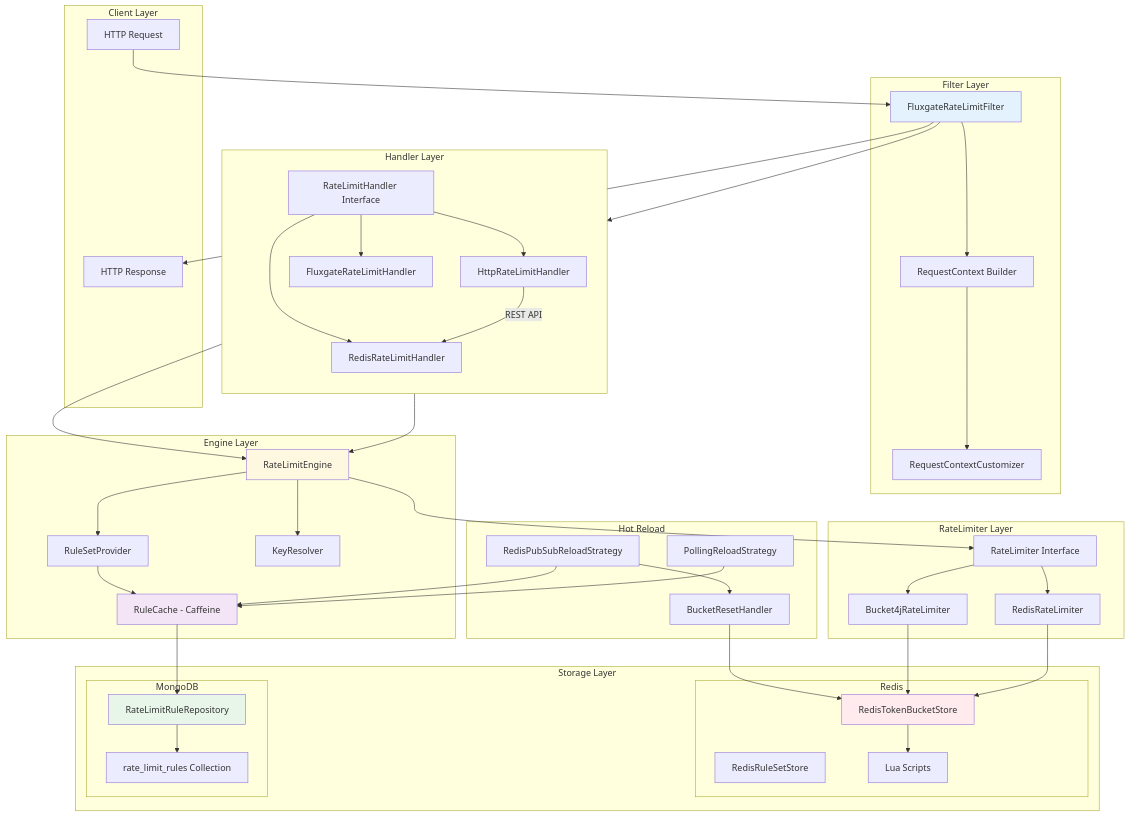
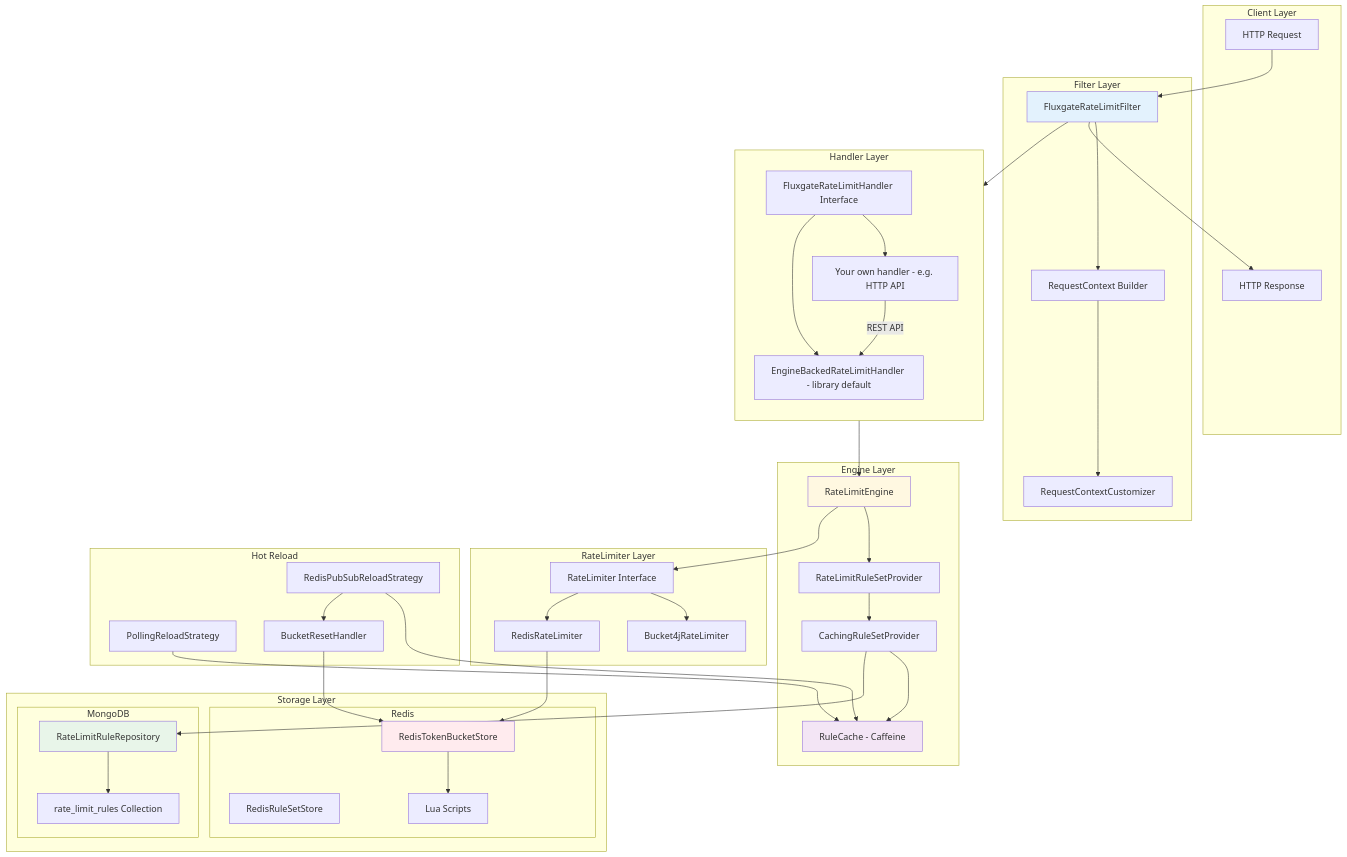
The second of 11 diagrams in docs/en/architecture/README.md (OpenFluxGate/fluxgate), drawn with Mermaid before and after one commit. The commit also changed other lines of this file and 33 other files, not shown here.

````diff
--- a/docs/en/architecture/README.md
+++ b/docs/en/architecture/README.md
@@ -73,81 +73,79 @@
 ```mermaid
 flowchart TB
     subgraph Client["Client Layer"]
         REQ[HTTP Request]
         RES[HTTP Response]
     end
 
     subgraph Filter["Filter Layer"]
         FLT[FluxgateRateLimitFilter]
         REQ_CTX[RequestContext Builder]
         CUST[RequestContextCustomizer]
     end
 
     subgraph Handler["Handler Layer"]
         direction TB
-        HI[RateLimitHandler Interface]
-        RH[RedisRateLimitHandler]
-        HH[HttpRateLimitHandler]
-        FH[FluxgateRateLimitHandler]
+        HI[FluxgateRateLimitHandler Interface]
+        EBH[EngineBackedRateLimitHandler - library default]
+        HH[Your own handler - e.g. HTTP API]
     end
 
     subgraph Engine["Engine Layer"]
         ENG[RateLimitEngine]
-        PROV[RuleSetProvider]
+        PROV[RateLimitRuleSetProvider]
+        CPROV[CachingRuleSetProvider]
         CACHE[RuleCache - Caffeine]
-        KEY[KeyResolver]
     end
 
     subgraph RateLimiter["RateLimiter Layer"]
         RL[RateLimiter Interface]
         B4J[Bucket4jRateLimiter]
         RRL[RedisRateLimiter]
     end
 
     subgraph Storage["Storage Layer"]
         subgraph Redis["Redis"]
             TBS[RedisTokenBucketStore]
             RSS[RedisRuleSetStore]
             LUA[Lua Scripts]
         end
         subgraph MongoDB["MongoDB"]
             REPO[RateLimitRuleRepository]
             COLL[rate_limit_rules Collection]
         end
     end
 
     subgraph Reload["Hot Reload"]
         POLL[PollingReloadStrategy]
         PUBSUB[RedisPubSubReloadStrategy]
         RESET[BucketResetHandler]
     end
 
     REQ --> FLT
     FLT --> REQ_CTX
     REQ_CTX --> CUST
     FLT --> HI
-    HI --> RH & HH & FH
-    RH & FH --> ENG
-    HH -->|REST API| RH
+    HI --> EBH & HH
+    EBH --> ENG
+    HH -->|REST API| EBH
     ENG --> PROV
-    PROV --> CACHE
-    CACHE --> REPO
-    ENG --> KEY
+    PROV --> CPROV
+    CPROV --> CACHE
+    CPROV --> REPO
     ENG --> RL
     RL --> B4J & RRL
     RRL --> TBS
     TBS --> LUA
-    B4J --> TBS
     REPO --> COLL
     POLL --> CACHE
     PUBSUB --> CACHE
     PUBSUB --> RESET
     RESET --> TBS
     FLT --> RES
 
     style FLT fill:#e3f2fd
     style ENG fill:#fff8e1
     style TBS fill:#ffebee
     style REPO fill:#e8f5e9
     style CACHE fill:#f3e5f5
 ```
````
